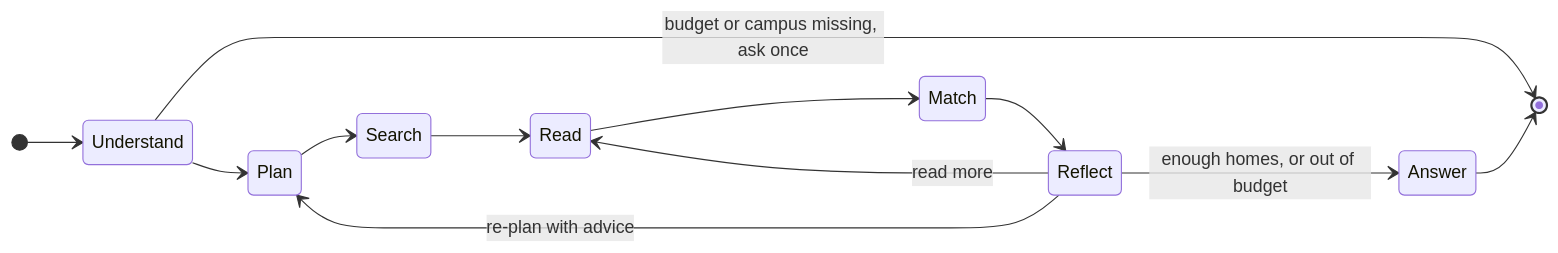
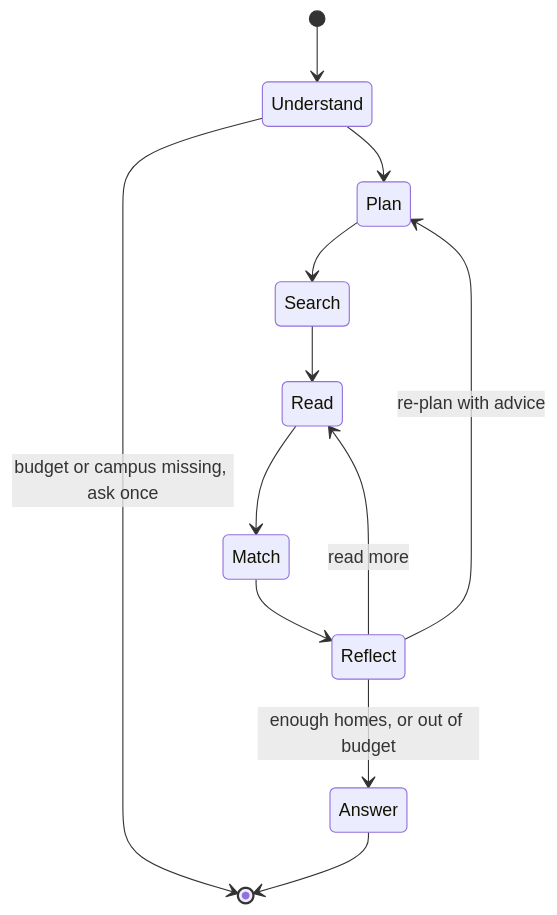
The third of 3 diagrams in docs/architecture.md (flatjai/flatjai), drawn with Mermaid before and after one commit. The commit also changed other lines of this file and 5 other files, not shown here.

````diff
--- a/docs/architecture.md
+++ b/docs/architecture.md
@@ -63,15 +66,14 @@
 ```mermaid
 stateDiagram-v2
-    direction LR
     [*] --> Understand
     Understand --> Plan
     Understand --> [*]: budget or campus missing, ask once
     Plan --> Search
     Search --> Read
     Read --> Match
     Match --> Reflect
     Reflect --> Read: read more
     Reflect --> Plan: re-plan with advice
     Reflect --> Answer: enough homes, or out of budget
     Answer --> [*]
 ```
````
